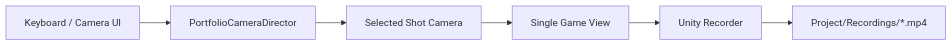
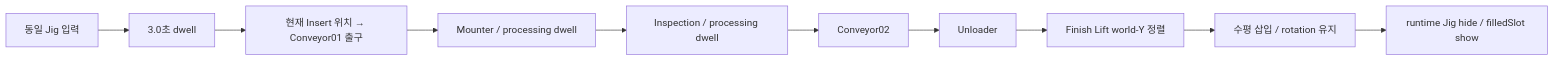
One commit to seongyeop-dev/fr5-unity-digital-twin changed the fourth of 5 diagrams in docs/04_data_flow.md. Above: the diagram before and after it, drawn with Mermaid. The commit also changed other lines of this file and 49 other files, not shown here.

````diff
--- a/docs/04_data_flow.md
+++ b/docs/04_data_flow.md
@@ -135,8 +70,12 @@
 ```mermaid
 flowchart LR
-    K["Keyboard / Camera UI"] --> D["PortfolioCameraDirector"]
-    D --> C["Selected Shot Camera"]
-    C --> G["Single Game View"]
-    G --> R["Unity Recorder"]
-    R --> MP4["Project/Recordings/*.mp4"]
+    IN["동일 Jig 입력"] --> WAIT["3.0초 dwell"]
+    WAIT --> C1["현재 Insert 위치 → Conveyor01 출구"]
+    C1 --> M["Mounter / processing dwell"]
+    M --> I["Inspection / processing dwell"]
+    I --> C2["Conveyor02"]
+    C2 --> U["Unloader"]
+    U --> L["Finish Lift world-Y 정렬"]
+    L --> INSERT["수평 삽입 / rotation 유지"]
+    INSERT --> SLOT["runtime Jig hide / filledSlot show"]
 ```
````
